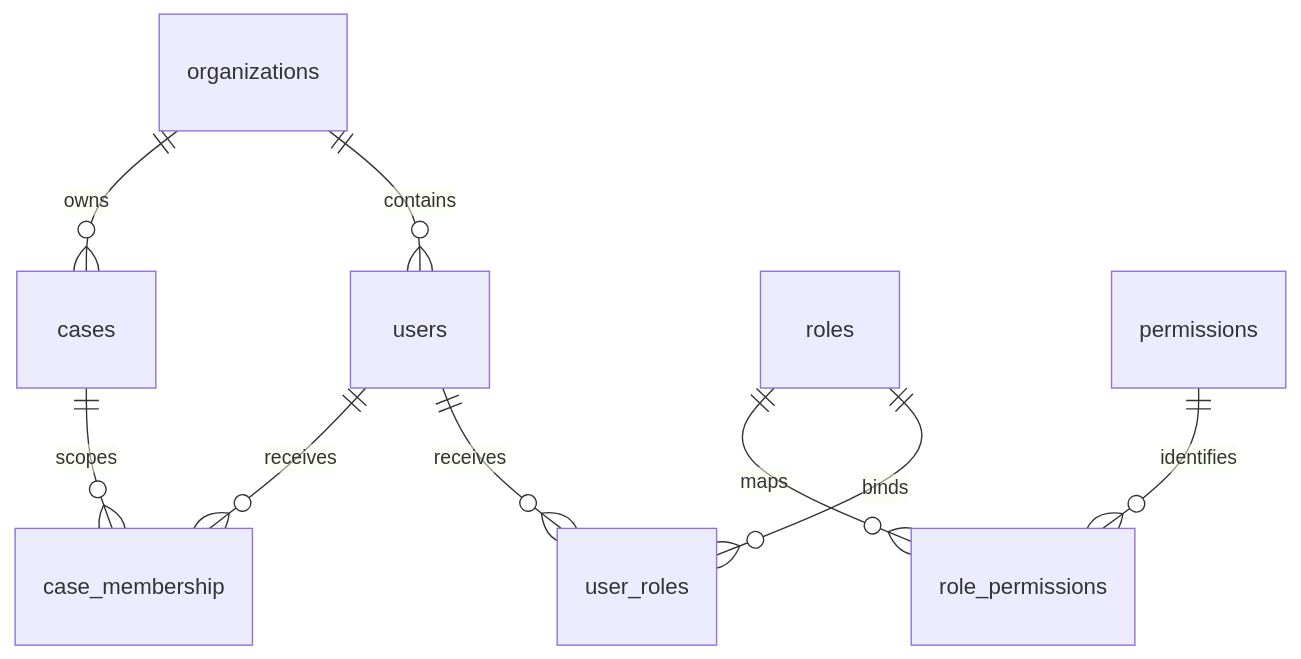
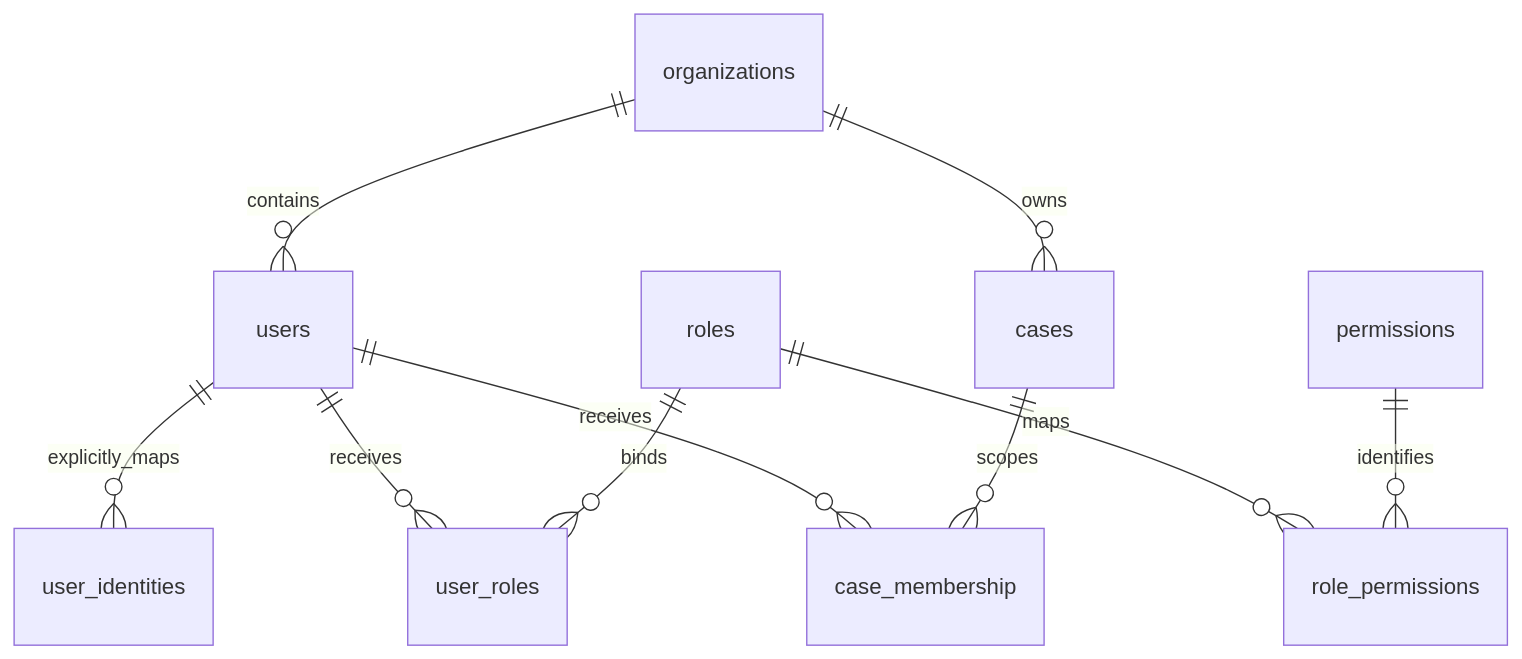
Before and after one commit to xuchangsheng18/media-traceability-system: the diagram in docs/08-security/access-control-model.md, drawn with Mermaid. The commit also changed other lines of this file and 188 other files, not shown here.

````diff
--- a/docs/08-security/access-control-model.md
+++ b/docs/08-security/access-control-model.md
@@ -16,11 +16,12 @@
 ```mermaid
 erDiagram
     organizations ||--o{ users : contains
     organizations ||--o{ cases : owns
+    users ||--o{ user_identities : explicitly_maps
     users ||--o{ user_roles : receives
     roles ||--o{ user_roles : binds
     roles ||--o{ role_permissions : maps
     permissions ||--o{ role_permissions : identifies
     users ||--o{ case_membership : receives
     cases ||--o{ case_membership : scopes
 ```
````
